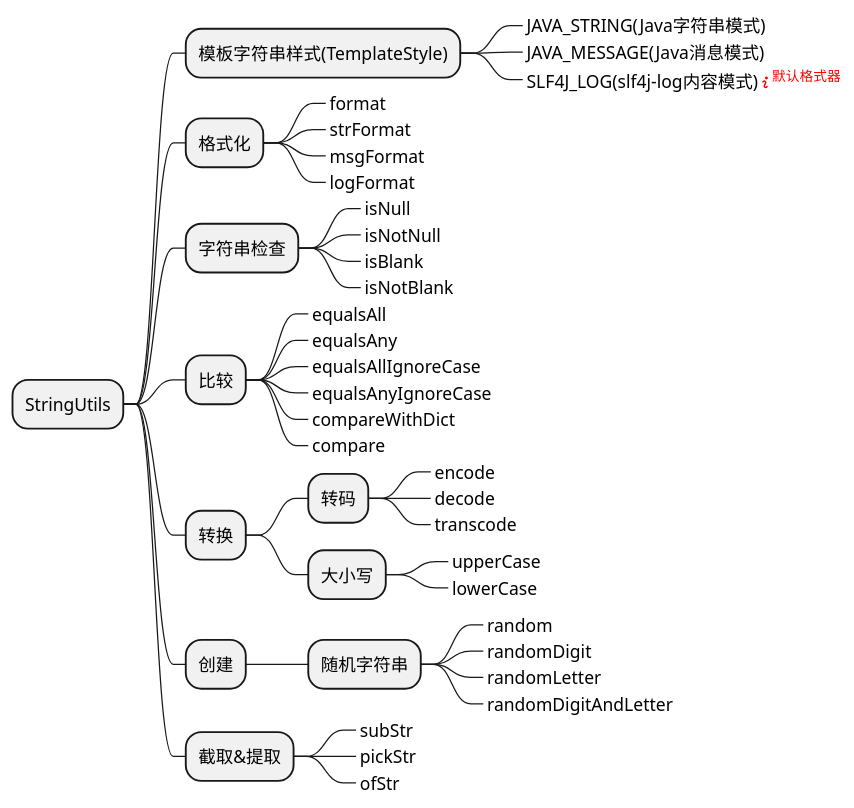
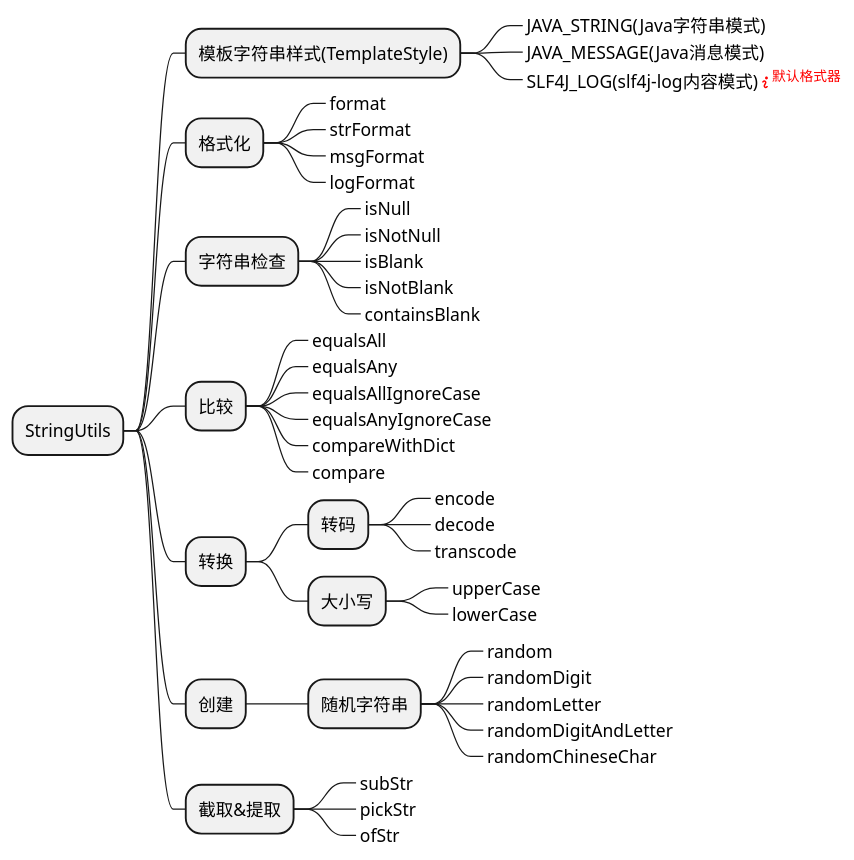
One commit to akudy/beehive-parent changed the diagram in beehive-core/src/main/resources/design-thought/util/StringUtils-function.puml. Above: the diagram before and after it, drawn with PlantUML. The commit also changed 4 other files, not shown here.

```diff
--- a/beehive-core/src/main/resources/design-thought/util/StringUtils-function.puml
+++ b/beehive-core/src/main/resources/design-thought/util/StringUtils-function.puml
@@ -1,50 +1,52 @@
 @startmindmap
 * StringUtils
 
 ** 模板字符串样式(TemplateStyle)
 ***_ JAVA_STRING(Java字符串模式)
 ***_ JAVA_MESSAGE(Java消息模式)
 ***_ SLF4J_LOG(slf4j-log内容模式)<font color=red><&info><sup>默认格式器</sup></font>
 
 ** 格式化
 ***_ format
 ***_ strFormat
 ***_ msgFormat
 ***_ logFormat
 
 ** 字符串检查
 ***_ isNull
 ***_ isNotNull
 ***_ isBlank
 ***_ isNotBlank
+***_ containsBlank
 
 ** 比较
 ***_ equalsAll
 ***_ equalsAny
 ***_ equalsAllIgnoreCase
 ***_ equalsAnyIgnoreCase
 ***_ compareWithDict
 ***_ compare
 
 ** 转换
 *** 转码
 ****_ encode
 ****_ decode
 ****_ transcode
 *** 大小写
 ****_ upperCase
 ****_ lowerCase
 
 ** 创建
 *** 随机字符串
 ****_ random
 ****_ randomDigit
 ****_ randomLetter
 ****_ randomDigitAndLetter
+****_ randomChineseChar
 
 ** 截取&提取
 ***_ subStr
 ***_ pickStr
 ***_ ofStr
 
 @endmindmap
```
